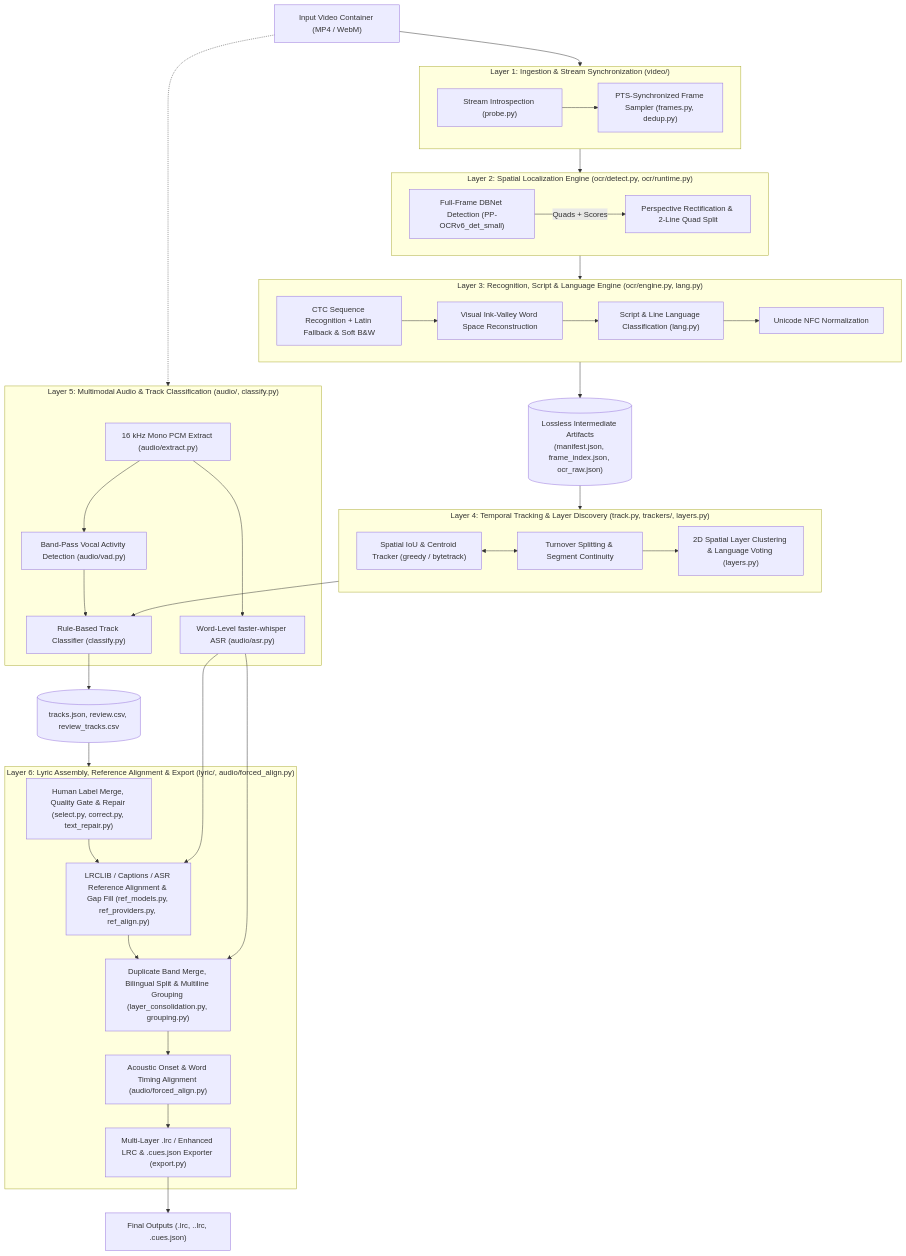
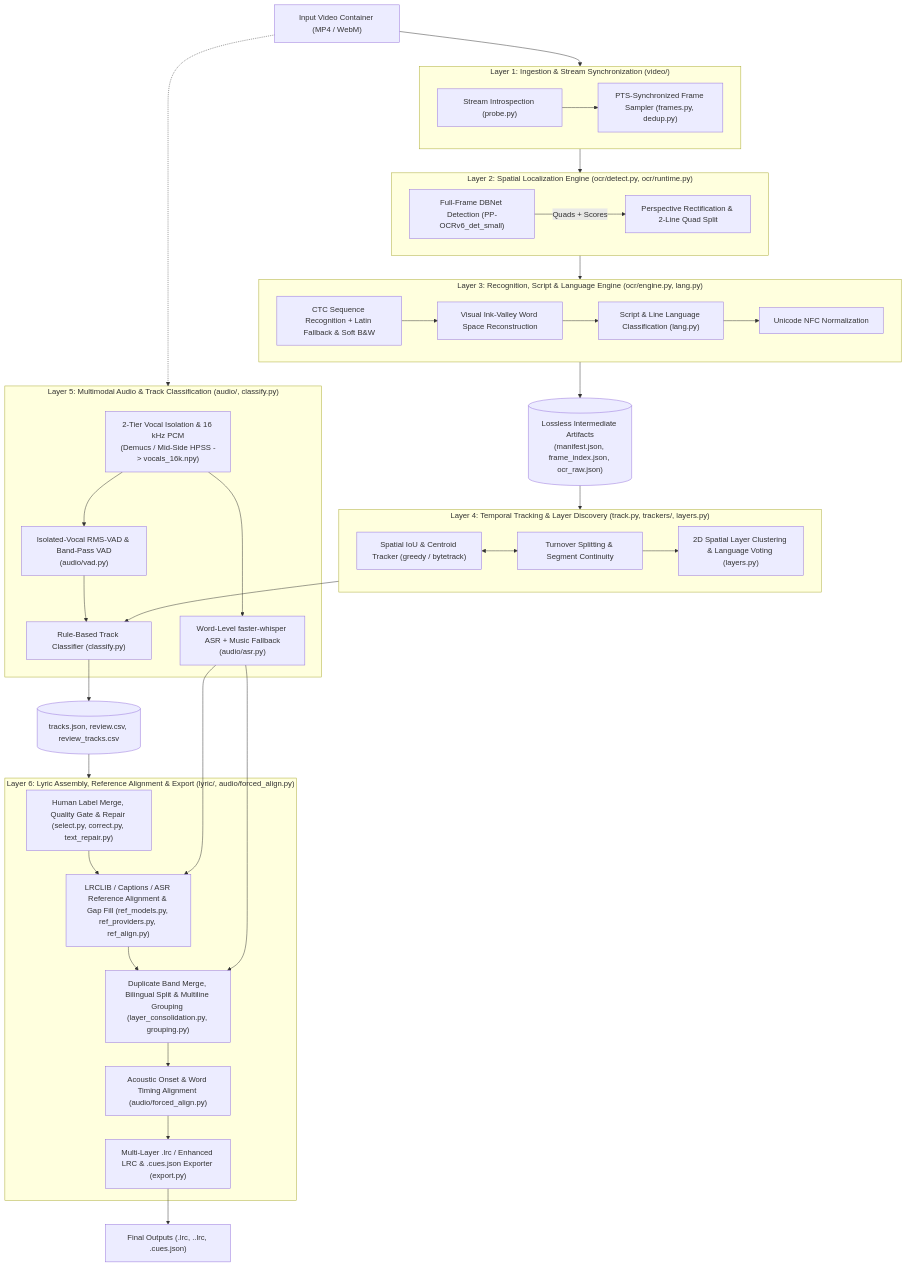
One commit to vincentlalo-long/lyra-ocr changed the first of 3 diagrams in doc/ARCHITECTURE.md. Above: the diagram before and after it, drawn with Mermaid. The commit also changed other lines of this file and 9 other files, not shown here.

````diff
--- a/doc/ARCHITECTURE.md
+++ b/doc/ARCHITECTURE.md
@@ -21,74 +21,74 @@
 ```mermaid
 flowchart TD
     Video["Input Video Container (MP4 / WebM)"] --> IngestionLayer
 
     subgraph IngestionLayer ["Layer 1: Ingestion & Stream Synchronization (video/)"]
         ProbeService["Stream Introspection (probe.py)"]
         PtsSampler["PTS-Synchronized Frame Sampler (frames.py, dedup.py)"]
         ProbeService --> PtsSampler
     end
 
     IngestionLayer --> VisionLayer
 
     subgraph VisionLayer ["Layer 2: Spatial Localization Engine (ocr/detect.py, ocr/runtime.py)"]
         DetEngine["Full-Frame DBNet Detection (PP-OCRv6_det_small)"]
         QuadTransformer["Perspective Rectification & 2-Line Quad Split"]
         DetEngine -->|"Quads + Scores"| QuadTransformer
     end
 
     VisionLayer --> RecogLayer
 
     subgraph RecogLayer ["Layer 3: Recognition, Script & Language Engine (ocr/engine.py, lang.py)"]
         RecEngine["CTC Sequence Recognition + Latin Fallback & Soft B&W"]
         SpaceRebuilder["Visual Ink-Valley Word Space Reconstruction"]
         ScriptClassifier["Script & Line Language Classification (lang.py)"]
         UnicodeNormalizer["Unicode NFC Normalization"]
         RecEngine --> SpaceRebuilder
         SpaceRebuilder --> ScriptClassifier
         ScriptClassifier --> UnicodeNormalizer
     end
 
     RecogLayer --> IntermediateStore[("Lossless Intermediate Artifacts<br/>(manifest.json, frame_index.json, ocr_raw.json)")]
 
     IntermediateStore --> TemporalLayer
 
     subgraph TemporalLayer ["Layer 4: Temporal Tracking & Layer Discovery (track.py, trackers/, layers.py)"]
         SpatialTracker["Spatial IoU & Centroid Tracker (greedy / bytetrack)"]
         TextContinuity["Turnover Splitting & Segment Continuity"]
         LayerDiscovery["2D Spatial Layer Clustering & Language Voting (layers.py)"]
         SpatialTracker <--> TextContinuity
         TextContinuity --> LayerDiscovery
     end
 
     Video -.-> AudioLayer
 
     subgraph AudioLayer ["Layer 5: Multimodal Audio & Track Classification (audio/, classify.py)"]
-        AudioExtract["16 kHz Mono PCM Extract (audio/extract.py)"]
-        VocalVAD["Band-Pass Vocal Activity Detection (audio/vad.py)"]
-        WordASR["Word-Level faster-whisper ASR (audio/asr.py)"]
+        AudioExtract["2-Tier Vocal Isolation & 16 kHz PCM<br/>(Demucs / Mid-Side HPSS -> vocals_16k.npy)"]
+        VocalVAD["Isolated-Vocal RMS-VAD & Band-Pass VAD<br/>(audio/vad.py)"]
+        WordASR["Word-Level faster-whisper ASR + Music Fallback<br/>(audio/asr.py)"]
         TrackClassifier["Rule-Based Track Classifier (classify.py)"]
         AudioExtract --> VocalVAD
         AudioExtract --> WordASR
         VocalVAD --> TrackClassifier
     end
 
     TemporalLayer --> TrackClassifier
     TrackClassifier --> TrackStore[("tracks.json, review.csv, review_tracks.csv")]
     TrackStore --> LyricLayer
 
     subgraph LyricLayer ["Layer 6: Lyric Assembly, Reference Alignment & Export (lyric/, audio/forced_align.py)"]
         CueSelector["Human Label Merge, Quality Gate & Repair (select.py, correct.py, text_repair.py)"]
         RefAlign["LRCLIB / Captions / ASR Reference Alignment & Gap Fill (ref_models.py, ref_providers.py, ref_align.py)"]
         Consolidation["Duplicate Band Merge, Bilingual Split & Multiline Grouping (layer_consolidation.py, grouping.py)"]
         ForcedAlign["Acoustic Onset & Word Timing Alignment (audio/forced_align.py)"]
         LrcEmitter["Multi-Layer .lrc / Enhanced LRC & .cues.json Exporter (export.py)"]
         CueSelector --> RefAlign
         RefAlign --> Consolidation
         Consolidation --> ForcedAlign
         ForcedAlign --> LrcEmitter
     end
 
     WordASR --> Consolidation
     WordASR --> RefAlign
     LrcEmitter --> FinalOutput["Final Outputs (.lrc, .<lang>.lrc, .cues.json)"]
 ```
````
